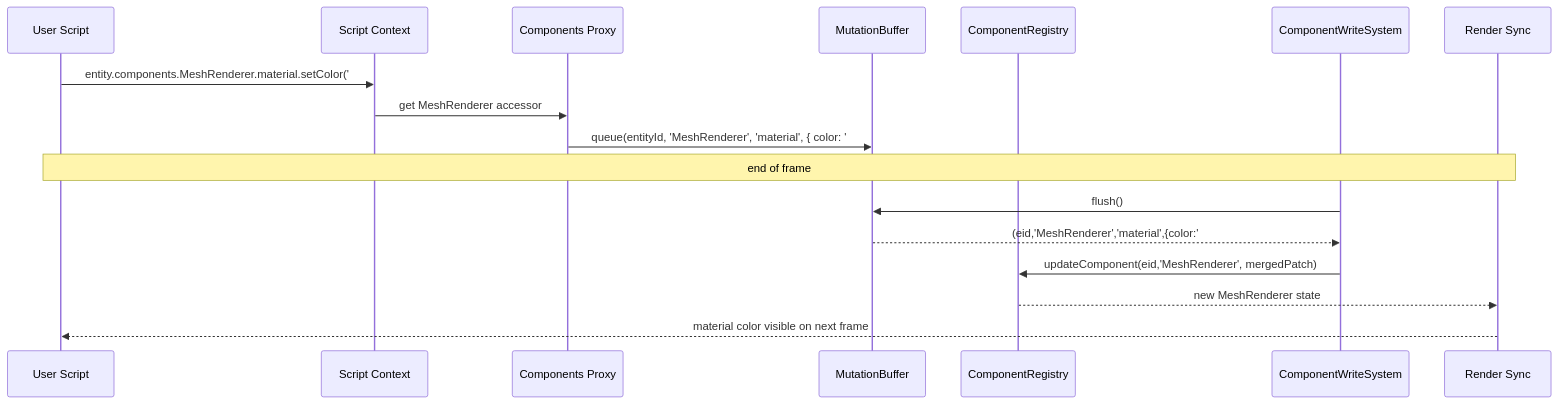
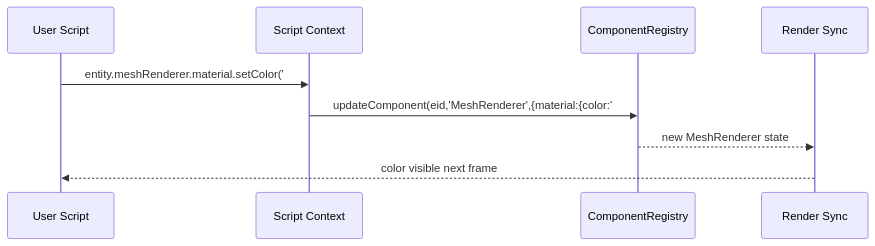
Before and after one commit to jonit-dev/vibe-coder-3d: the diagram in docs/PRDs/4-23-ecs-components-chain-api-prd.md, drawn with Mermaid. The commit also changed other lines of this file and 14 other files, not shown here.

Commit message:
component accessor

````diff
--- a/docs/PRDs/4-23-ecs-components-chain-api-prd.md
+++ b/docs/PRDs/4-23-ecs-components-chain-api-prd.md
@@ -307,20 +267,12 @@
 ```mermaid
 sequenceDiagram
   participant Script as User Script
   participant Ctx as Script Context
-  participant Chain as Components Proxy
-  participant Buffer as MutationBuffer
   participant ECS as ComponentRegistry
-  participant Write as ComponentWriteSystem
   participant Render as Render Sync
 
-  Script->>Ctx: entity.components.MeshRenderer.material.setColor('#ff0')
-  Ctx->>Chain: get MeshRenderer accessor
-  Chain->>Buffer: queue(entityId, 'MeshRenderer', 'material', { color: '#ff0' })
-  Note over Script,Render: end of frame
-  Write->>Buffer: flush()
-  Buffer-->>Write: (eid,'MeshRenderer','material',{color:'#ff0'})
-  Write->>ECS: updateComponent(eid,'MeshRenderer', mergedPatch)
+  Script->>Ctx: entity.meshRenderer.material.setColor('#ff0')
+  Ctx->>ECS: updateComponent(eid,'MeshRenderer',{material:{color:'#ff0'}})
   ECS-->>Render: new MeshRenderer state
-  Render-->>Script: material color visible on next frame
+  Render-->>Script: color visible next frame
 ```
````
